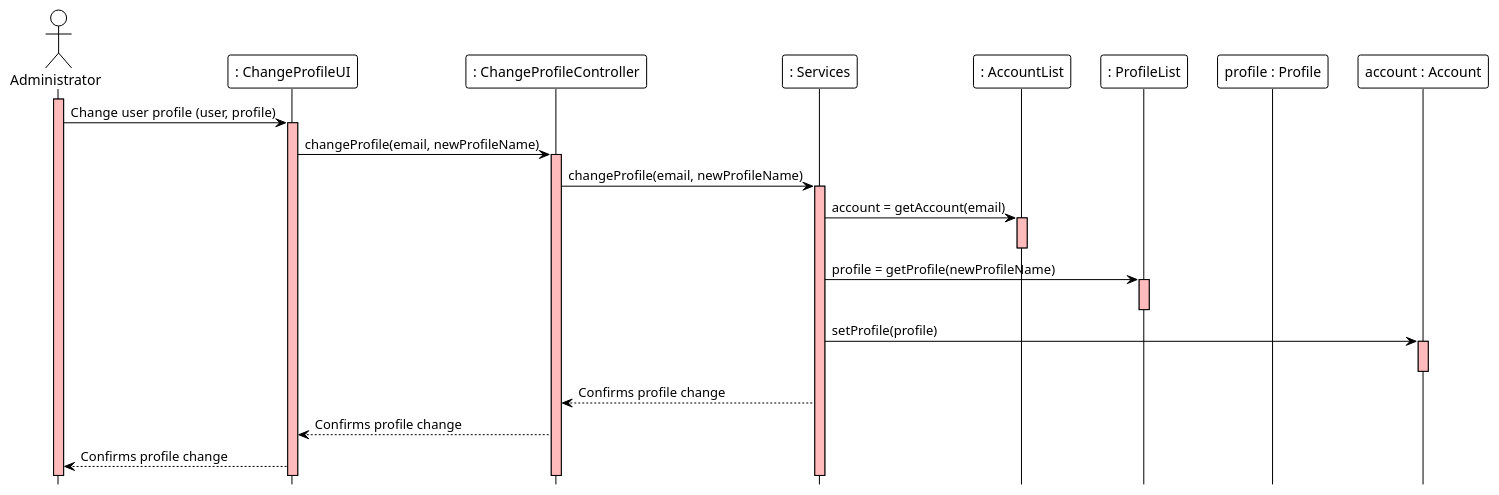
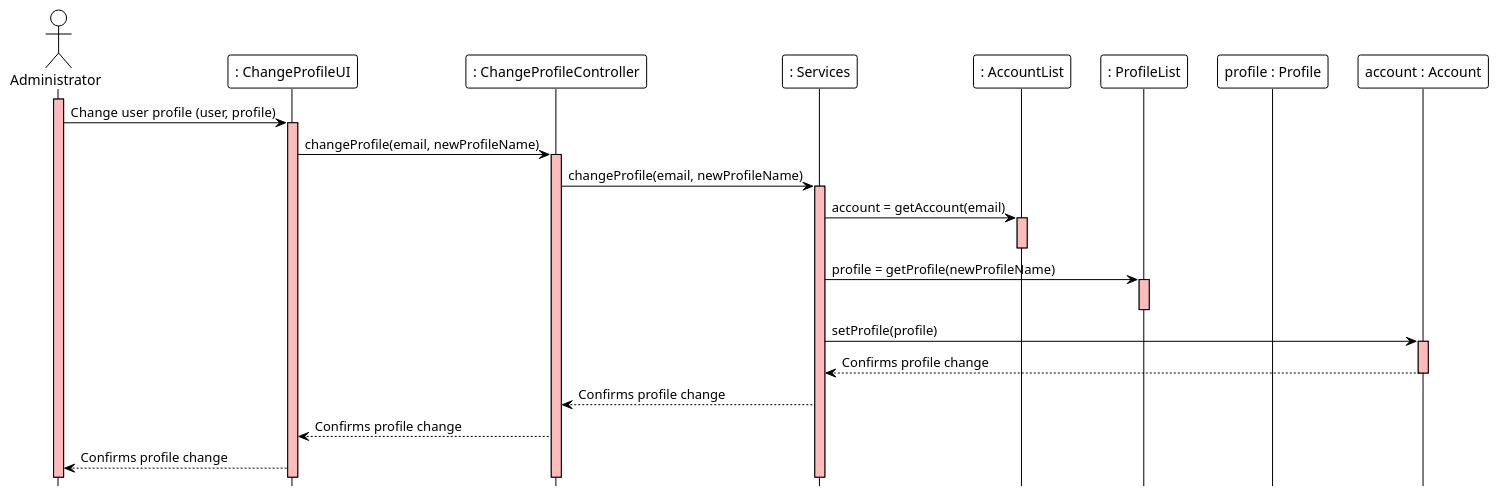
Before and after one commit to ivo-menezes/project_g3: the diagram in docs/modelling_design/user_stories/us003/US003_ChangeProfileSD.puml, drawn with PlantUML.

Commit message:
US003: Design: Updated SD

```diff
--- a/docs/modelling_design/user_stories/us003/US003_ChangeProfileSD.puml
+++ b/docs/modelling_design/user_stories/us003/US003_ChangeProfileSD.puml
@@ -1,36 +1,37 @@
 @startuml
 !theme plain
 hide footbox
 
 actor Administrator
 participant ": ChangeProfileUI" as UI
 participant ": ChangeProfileController" as Controller
 participant ": Services" as Services
 participant ": AccountList" as AccountList
 participant ": ProfileList" as ProfileList
 participant "profile : Profile" as Profile
 participant "account : Account" as Account
 
 
 
 activate Administrator #FFBBBB
 Administrator -> UI : Change user profile (user, profile)
 activate UI #FFBBBB
 UI -> Controller : changeProfile(email, newProfileName)
 activate Controller #FFBBBB
 Controller -> Services : changeProfile(email, newProfileName)
 activate Services #FFBBBB
 Services -> AccountList : account = getAccount(email)
 activate AccountList #FFBBBB
 deactivate AccountList
 Services -> ProfileList : profile = getProfile(newProfileName)
 activate ProfileList #FFBBBB
 deactivate ProfileList #FFBBBB
 Services -> Account : setProfile(profile)
 activate Account #FFBBBB
+Account --> Services : Confirms profile change
 deactivate Account #FFBBBB
 
 Services --> Controller : Confirms profile change
 Controller --> UI : Confirms profile change
 UI --> Administrator : Confirms profile change
 @enduml
```
